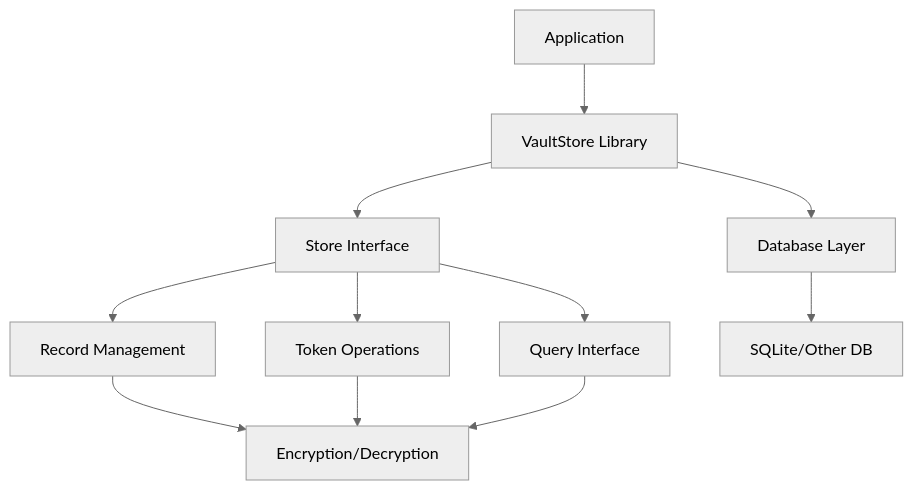
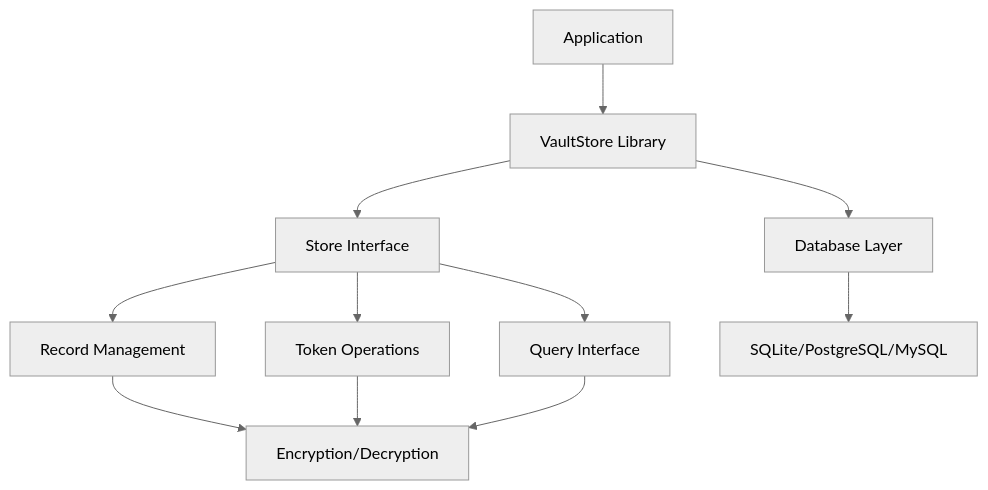
Before and after one commit to dracory/vaultstore: the diagram in docs/livewiki/README.md, drawn with Mermaid (neutral theme). The commit also changed other lines of this file and 16 other files, not shown here.

First line of the commit message:
docs: add identity-based password management documentation to API reference, architecture, and configuration guides

````diff
--- a/docs/livewiki/README.md
+++ b/docs/livewiki/README.md
@@ -34,14 +36,14 @@
 ```mermaid
 graph TB
     A[Application] --> B[VaultStore Library]
     B --> C[Store Interface]
     C --> D[Record Management]
     C --> E[Token Operations]
     C --> F[Query Interface]
     B --> G[Database Layer]
-    G --> H[SQLite/Other DB]
+    G --> H[SQLite/PostgreSQL/MySQL]
     
     D --> I[Encryption/Decryption]
     E --> I
     F --> I
 ```
````
